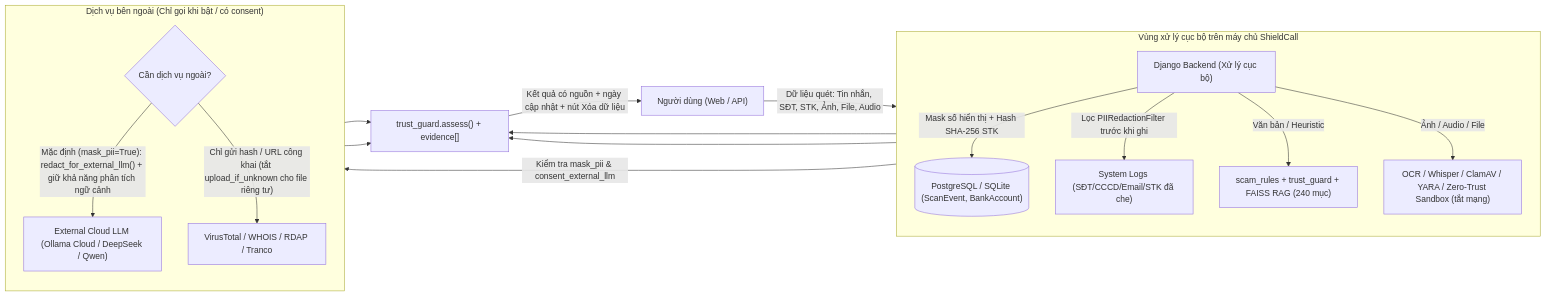
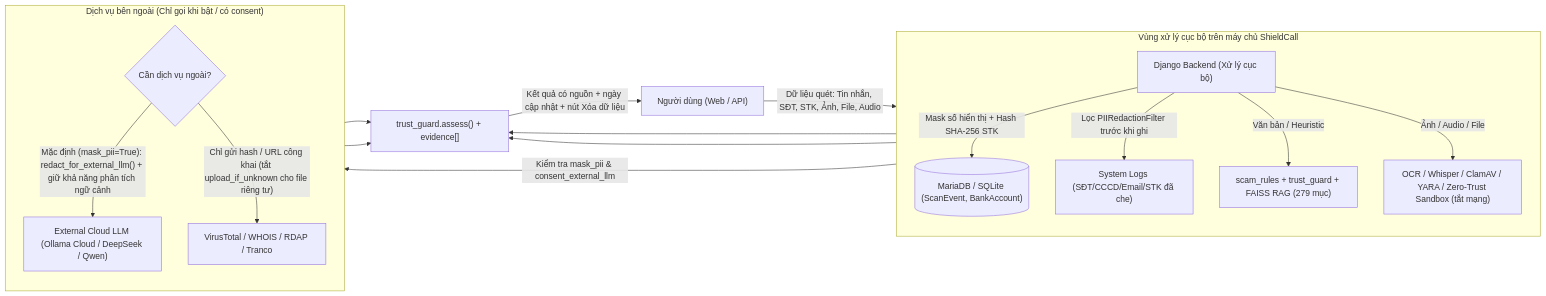
The diagram in docs/BAO_CAO_CAI_TIEN_CHUNG_KET.md (KienPC1234/Sentinel_Team_Project), drawn with Mermaid before and after one commit. The commit also changed other lines of this file and 111 other files, not shown here.

````diff
--- a/docs/BAO_CAO_CAI_TIEN_CHUNG_KET.md
+++ b/docs/BAO_CAO_CAI_TIEN_CHUNG_KET.md
@@ -114,26 +114,26 @@
 ```mermaid
 flowchart LR
     U["Người dùng (Web / API)"] -->|"Dữ liệu quét: Tin nhắn, SĐT, STK, Ảnh, File, Audio"| API["Django Backend (Xử lý cục bộ)"]
 
     subgraph LOCAL ["Vùng xử lý cục bộ trên máy chủ ShieldCall"]
         direction TB
-        API -->|"Mask số hiển thị + Hash SHA-256 STK"| DB[("PostgreSQL / SQLite (ScanEvent, BankAccount)")]
+        API -->|"Mask số hiển thị + Hash SHA-256 STK"| DB[("MariaDB / SQLite (ScanEvent, BankAccount)")]
         API -->|"Lọc PIIRedactionFilter trước khi ghi"| LOG["System Logs (SĐT/CCCD/Email/STK đã che)"]
-        API -->|"Văn bản / Heuristic"| RULES["scam_rules + trust_guard + FAISS RAG (240 mục)"]
+        API -->|"Văn bản / Heuristic"| RULES["scam_rules + trust_guard + FAISS RAG (279 mục)"]
         API -->|"Ảnh / Audio / File"| ISOLATED["OCR / Whisper / ClamAV / YARA / Zero-Trust Sandbox (tắt mạng)"]
     end
 
     API -->|"Kiểm tra mask_pii & consent_external_llm"| GATE{"Cần dịch vụ ngoài?"}
 
     subgraph EXT ["Dịch vụ bên ngoài (Chỉ gọi khi bật / có consent)"]
         direction TB
         GATE -->|"Mặc định (mask_pii=True): redact_for_external_llm() + giữ khả năng phân tích ngữ cảnh"| CLOUD_LLM["External Cloud LLM (Ollama Cloud / DeepSeek / Qwen)"]
         GATE -->|"Chỉ gửi hash / URL công khai (tắt upload_if_unknown cho file riêng tư)"| VT["VirusTotal / WHOIS / RDAP / Tranco"]
     end
 
     RULES --> GUARD["trust_guard.assess() + evidence[]"]
     ISOLATED --> GUARD
     CLOUD_LLM --> GUARD
     VT --> GUARD
     GUARD -->|"Kết quả có nguồn + ngày cập nhật + nút Xóa dữ liệu"| U
 ```
````
